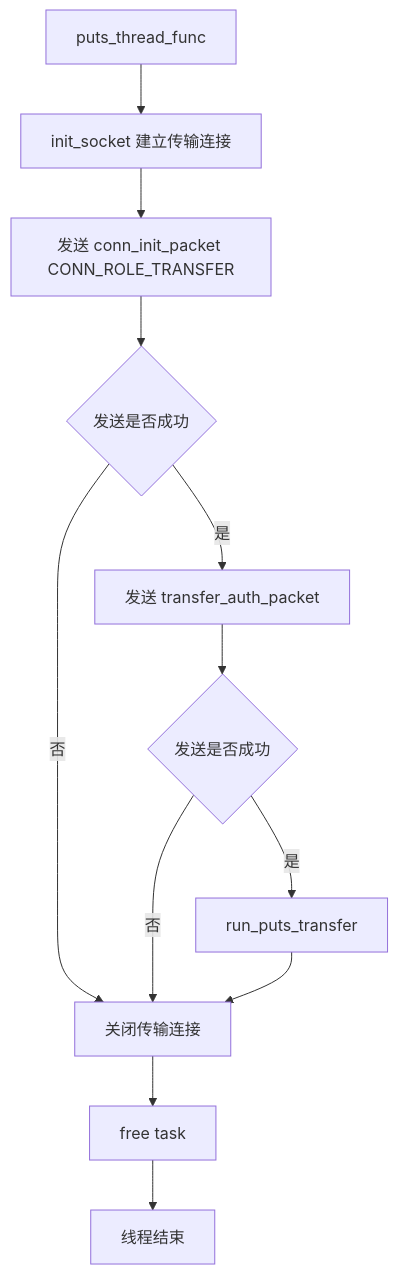
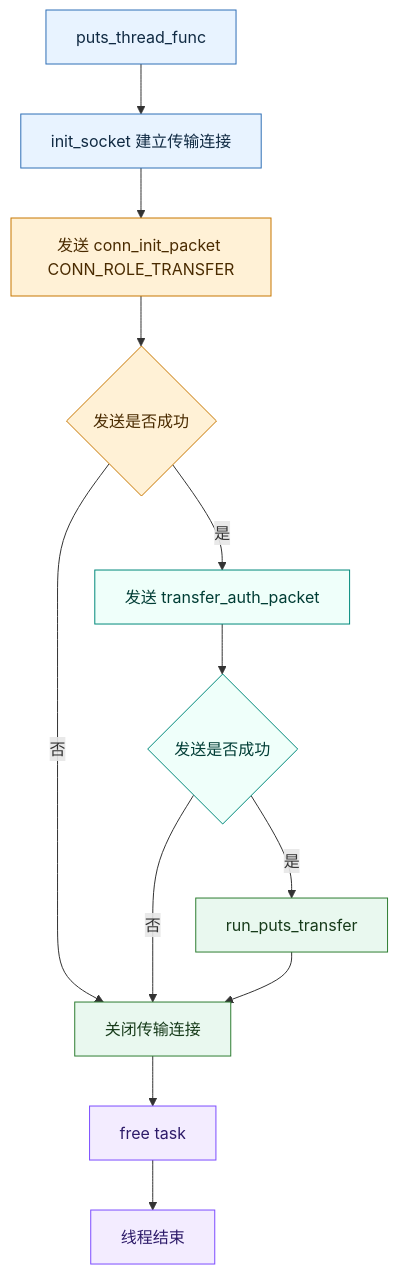
Before and after one commit to panlong-studio/WindCloud_V4: diagram 12 of 20 in docs/V5全流程活动图详解.md, drawn with Mermaid. The commit also changed other lines of this file and 5 other files, not shown here.

````diff
--- a/docs/V5全流程活动图详解.md
+++ b/docs/V5全流程活动图详解.md
@@ -640,20 +782,32 @@
 ```mermaid
 flowchart TD
     U0[puts_thread_func]
     U1[init_socket 建立传输连接]
     U2[发送 conn_init_packet CONN_ROLE_TRANSFER]
     U3{发送是否成功}
     U4[发送 transfer_auth_packet]
     U5{发送是否成功}
     U6[run_puts_transfer]
     U7[关闭传输连接]
     U8[free task]
     U9[线程结束]
 
     U0 --> U1 --> U2 --> U3
     U3 -- 否 --> U7
     U3 -- 是 --> U4 --> U5
     U5 -- 否 --> U7
     U5 -- 是 --> U6 --> U7
     U7 --> U8 --> U9
+    classDef phase1 fill:#E8F3FF,stroke:#2F6FB6,color:#102A43
+    classDef phase2 fill:#FFF1D6,stroke:#C77700,color:#4A2B00
+    classDef phase3 fill:#EFFFFA,stroke:#00897B,color:#003D35
+    classDef phase4 fill:#E9F8EF,stroke:#2E7D32,color:#173B1A
+    classDef phase5 fill:#F3ECFF,stroke:#7C4DFF,color:#2D1B69
+    classDef fail fill:#FFECEC,stroke:#C62828,color:#4A0D0D
+
+    class U0,U1 phase1
+    class U2,U3 phase2
+    class U4,U5 phase3
+    class U6,U7 phase4
+    class U8,U9 phase5
 ```
````
